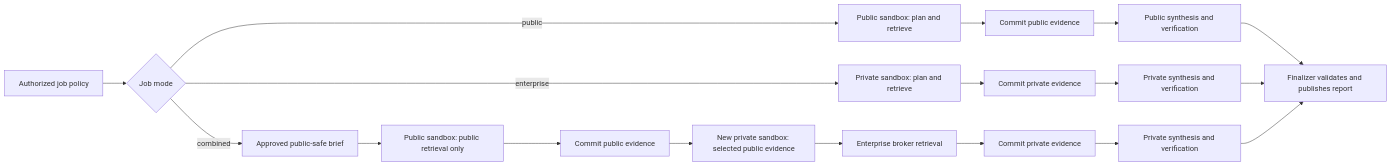
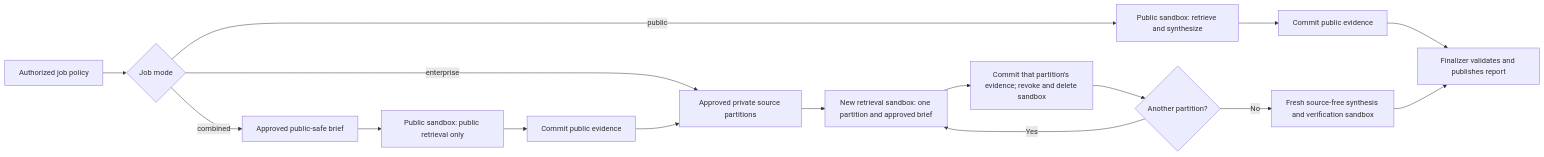
One commit to gvaibhav/openshell-deep-research-platform changed the fifth of 7 diagrams in docs/design/job-lifecycle.md. Above: the diagram before and after it, drawn with Mermaid. The commit also changed other lines of this file and 48 other files, not shown here.

````diff
--- a/docs/design/job-lifecycle.md
+++ b/docs/design/job-lifecycle.md
@@ -198,20 +245,18 @@
 ```mermaid
 flowchart LR
     Req["Authorized job policy"] --> Mode{"Job mode"}
-    Mode -->|public| Pub["Public sandbox: plan and retrieve"]
+    Mode -->|public| Pub["Public sandbox: retrieve and synthesize"]
     Pub --> PubE["Commit public evidence"]
-    PubE --> PubS["Public synthesis and verification"]
-    PubS --> Final["Finalizer validates and publishes report"]
-    Mode -->|enterprise| Pri["Private sandbox: plan and retrieve"]
-    Pri --> PriE["Commit private evidence"]
-    PriE --> PriS["Private synthesis and verification"]
-    PriS --> Final
+    PubE --> Final["Finalizer validates and publishes report"]
+    Mode -->|enterprise| Parts["Approved private source partitions"]
     Mode -->|combined| Safe["Approved public-safe brief"]
     Safe --> Pub2["Public sandbox: public retrieval only"]
     Pub2 --> PubE2["Commit public evidence"]
-    PubE2 --> Pri2["New private sandbox: selected public evidence"]
-    Pri2 --> Ent2["Enterprise broker retrieval"]
-    Ent2 --> PriE2["Commit private evidence"]
-    PriE2 --> PriS2["Private synthesis and verification"]
-    PriS2 --> Final
+    PubE2 --> Parts
+    Parts --> Pri["New retrieval sandbox: one partition and approved brief"]
+    Pri --> PriE["Commit that partition's evidence; revoke and delete sandbox"]
+    PriE --> More{"Another partition?"}
+    More -->|Yes| Pri
+    More -->|No| Syn["Fresh source-free synthesis and verification sandbox"]
+    Syn --> Final
 ```
````
